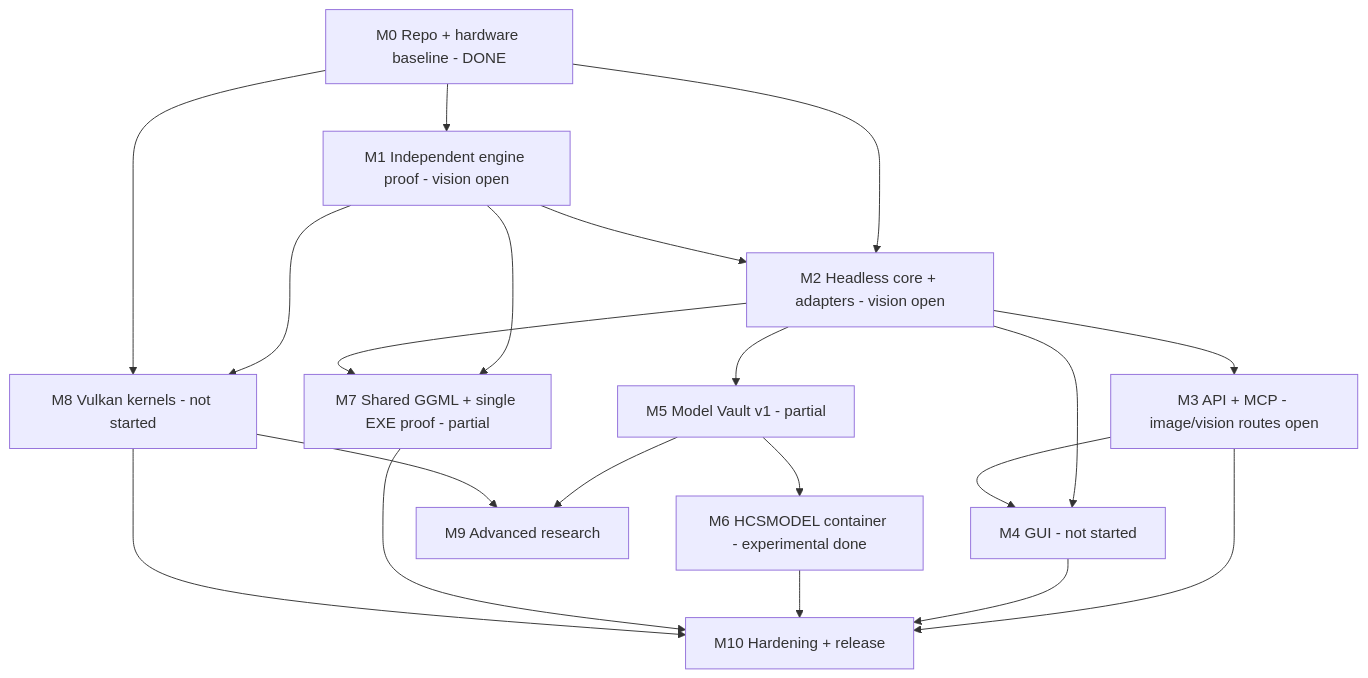
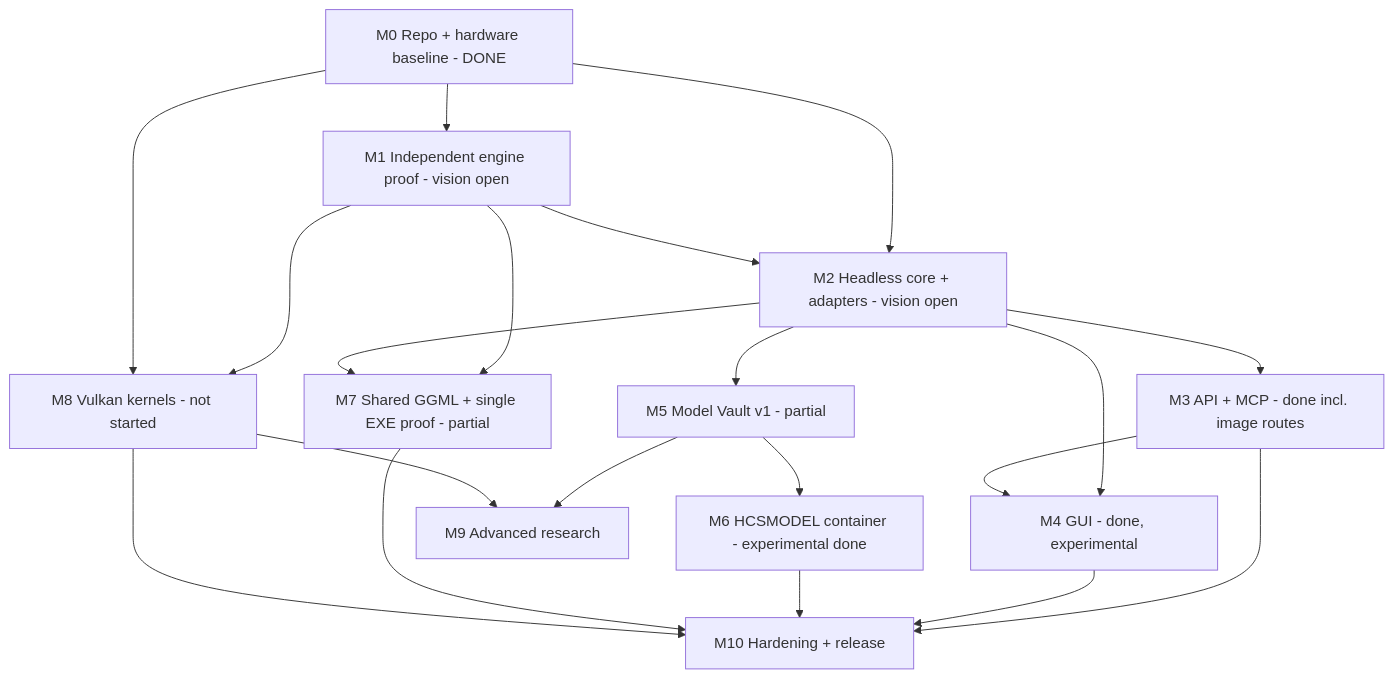
Before and after one commit to timfromhcs/HCSInfer: the diagram in docs/roadmap/IMPLEMENTATION_PLAN.md, drawn with Mermaid. The commit also changed other lines of this file and 2 other files, not shown here.

First line of the commit message:
docs: record the M3-image/M4-GUI/benchmark milestone in the roadmap and README

````diff
--- a/docs/roadmap/IMPLEMENTATION_PLAN.md
+++ b/docs/roadmap/IMPLEMENTATION_PLAN.md
@@ -8,22 +8,22 @@
 ```mermaid
 graph TD
   M0[M0 Repo + hardware baseline - DONE] --> M1[M1 Independent engine proof - vision open]
   M0 --> M2[M2 Headless core + adapters - vision open]
   M1 --> M2
-  M2 --> M3[M3 API + MCP - image/vision routes open]
-  M2 --> M4[M4 GUI - not started]
+  M2 --> M3[M3 API + MCP - done incl. image routes]
+  M2 --> M4[M4 GUI - done, experimental]
   M3 --> M4
   M2 --> M5[M5 Model Vault v1 - partial]
   M5 --> M6[M6 HCSMODEL container - experimental done]
   M1 --> M7[M7 Shared GGML + single EXE proof - partial]
   M2 --> M7
   M1 --> M8[M8 Vulkan kernels - not started]
   M0 --> M8
   M5 --> M9[M9 Advanced research]
   M8 --> M9
   M3 --> M10[M10 Hardening + release]
   M4 --> M10
   M6 --> M10
   M7 --> M10
   M8 --> M10
 ```
````
